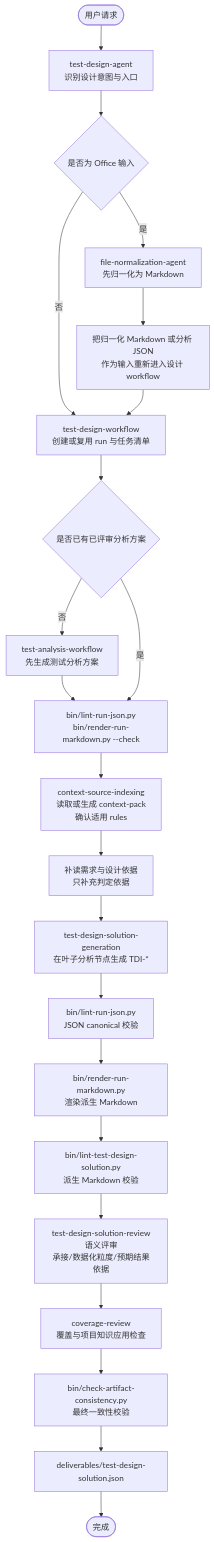
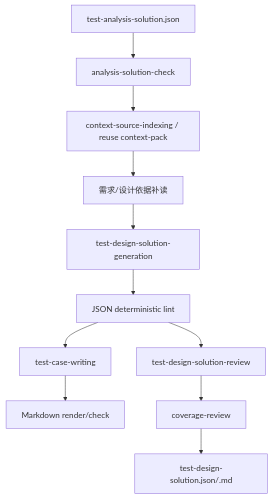
Before and after one commit to szluoqy-byte/Test-Analysis-Agent-MM: the diagram in docs/test-design-agent-design.md, drawn with Mermaid. The commit also changed other lines of this file and 129 other files, not shown here.

````diff
--- a/docs/test-design-agent-design.md
+++ b/docs/test-design-agent-design.md
@@ -73,25 +11,13 @@
 ```mermaid
 flowchart TD
-  start(["用户请求"])
-  start --> agent["test-design-agent<br/>识别设计意图与入口"]
-  agent --> office{"是否为 Office 输入"}
-  office -- 是 --> fileAgent["file-normalization-agent<br/>先归一化为 Markdown"]
-  fileAgent --> restart["把归一化 Markdown 或分析 JSON<br/>作为输入重新进入设计 workflow"]
-  office -- 否 --> main["test-design-workflow<br/>创建或复用 run 与任务清单"]
-  restart --> main
-  main --> hasAnalysis{"是否已有已评审分析方案"}
-  hasAnalysis -- 否 --> analysis["test-analysis-workflow<br/>先生成测试分析方案"]
-  analysis --> analysisCheck["bin/lint-run-json.py<br/>bin/render-run-markdown.py --check"]
-  hasAnalysis -- 是 --> analysisCheck
-  analysisCheck --> ctx["context-source-indexing<br/>读取或生成 context-pack<br/>确认适用 rules"]
-  ctx --> basis["补读需求与设计依据<br/>只补充判定依据"]
-  basis --> generation["test-design-solution-generation<br/>在叶子分析节点生成 TDI-*"]
-  generation --> jsonLint["bin/lint-run-json.py<br/>JSON canonical 校验"]
-  jsonLint --> render["bin/render-run-markdown.py<br/>渲染派生 Markdown"]
-  render --> lint["bin/lint-test-design-solution.py<br/>派生 Markdown 校验"]
-  lint --> review["test-design-solution-review<br/>语义评审<br/>承接/数据化粒度/预期结果依据"]
-  review --> coverage["coverage-review<br/>覆盖与项目知识应用检查"]
-  coverage --> consistency["bin/check-artifact-consistency.py<br/>最终一致性校验"]
-  consistency --> output["deliverables/test-design-solution.json"]
-  output --> finish(["完成"])
+  analysis["test-analysis-solution.json"] --> check["analysis-solution-check"]
+  check --> context["context-source-indexing / reuse context-pack"]
+  context --> basis["需求/设计依据补读"]
+  basis --> generation["test-design-solution-generation"]
+  generation --> jsonlint["JSON deterministic lint"]
+  jsonlint --> writing["test-case-writing"]
+  writing --> lint["Markdown render/check"]
+  jsonlint --> review["test-design-solution-review"]
+  review --> coverage["coverage-review"]
+  coverage --> output["test-design-solution.json/.md"]
 ```
````
